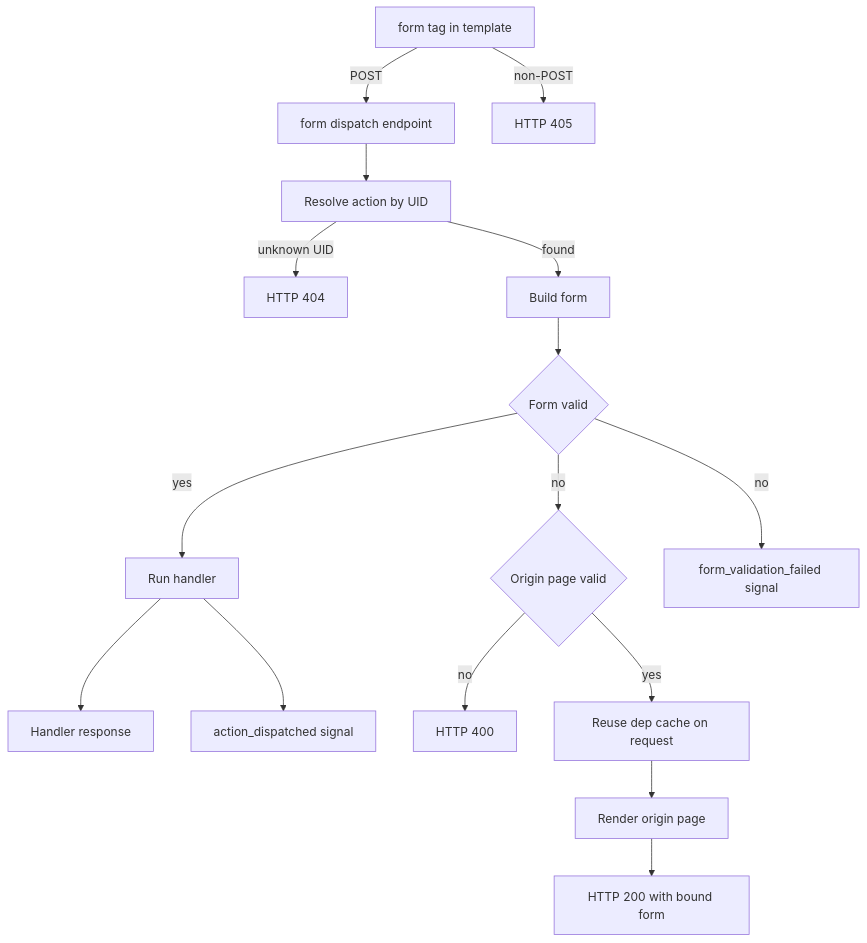
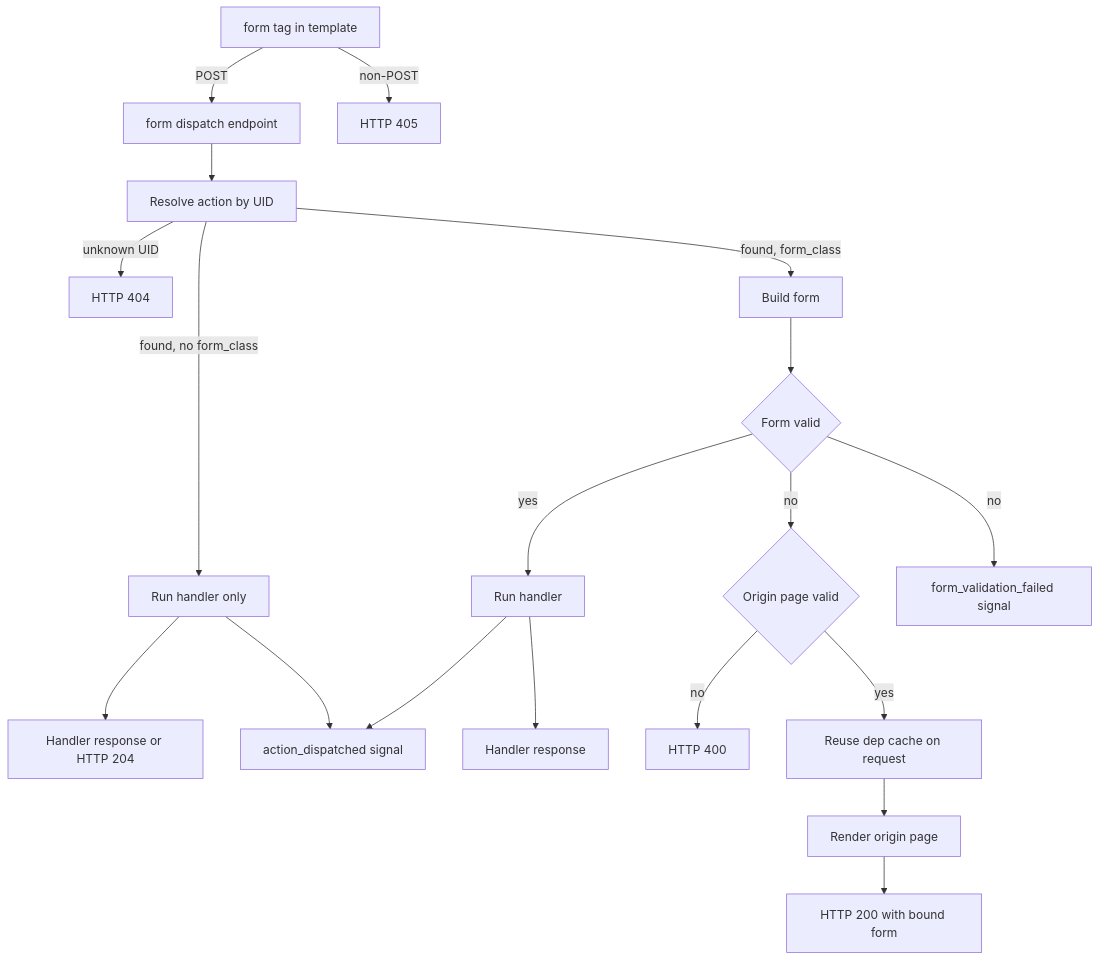
One commit to next-dj/next-dj changed the diagram in docs/content/internals/action-dispatch.rst. Above: the diagram before and after it, drawn with Mermaid. The commit also changed 77 other files, not shown here.

```diff
--- a/docs/content/internals/action-dispatch.rst
+++ b/docs/content/internals/action-dispatch.rst
@@ -23,18 +23,21 @@
 .. mermaid::
 
    flowchart TB
        Template["form tag in template"] -- POST --> Endpoint["form dispatch endpoint"]
        Template -- "non-POST" --> NotAllowed["HTTP 405"]
        Endpoint --> Lookup["Resolve action by UID"]
        Lookup -- unknown UID --> NotFound["HTTP 404"]
-       Lookup -- found --> Build["Build form"]
+       Lookup -- "found, no form_class" --> HandlerOnly["Run handler only"]
+       Lookup -- "found, form_class" --> Build["Build form"]
+       HandlerOnly --> HandlerOnlyResponse["Handler response or HTTP 204"]
+       HandlerOnly --> ActionDispatched["action_dispatched signal"]
        Build --> Validate{"Form valid"}
        Validate -- yes --> Handler["Run handler"]
        Handler --> Response["Handler response"]
-       Handler --> ActionDispatched["action_dispatched signal"]
+       Handler --> ActionDispatched
        Validate -- no --> Origin{"Origin page valid"}
        Origin -- no --> BadRequest["HTTP 400"]
        Origin -- yes --> ShareCache["Reuse dep cache on request"]
        ShareCache --> RenderOrigin["Render origin page"]
        RenderOrigin --> RerenderHTML["HTTP 200 with bound form"]
        Validate -- no --> FormFailed["form_validation_failed signal"]
```
